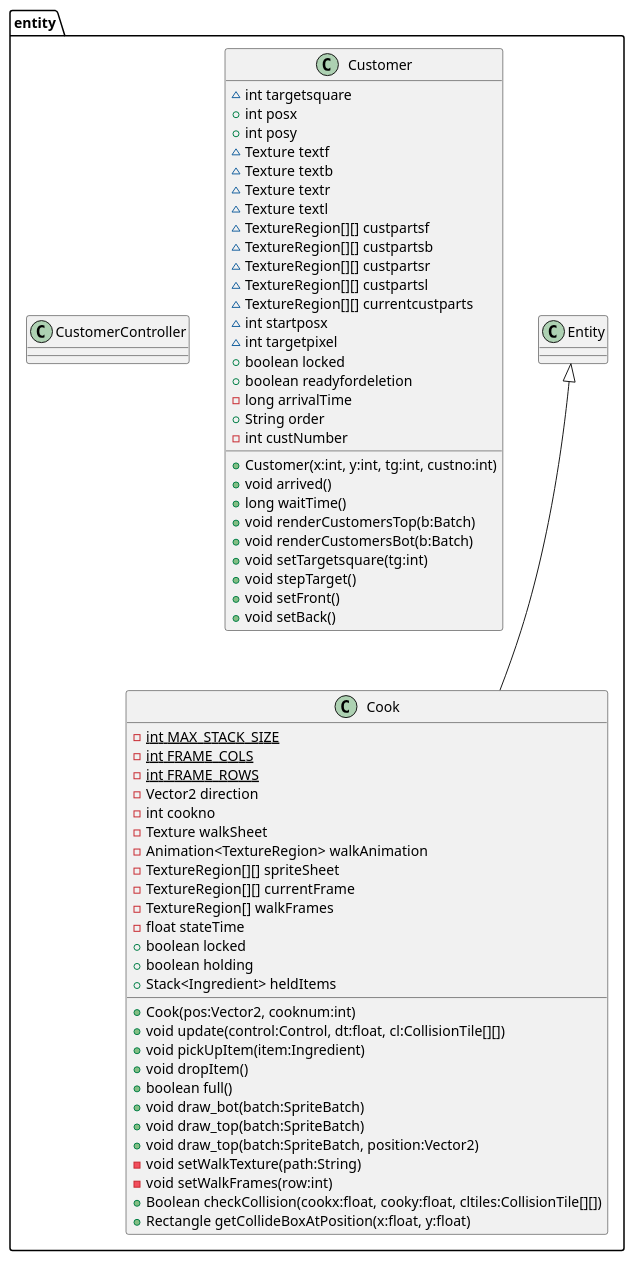
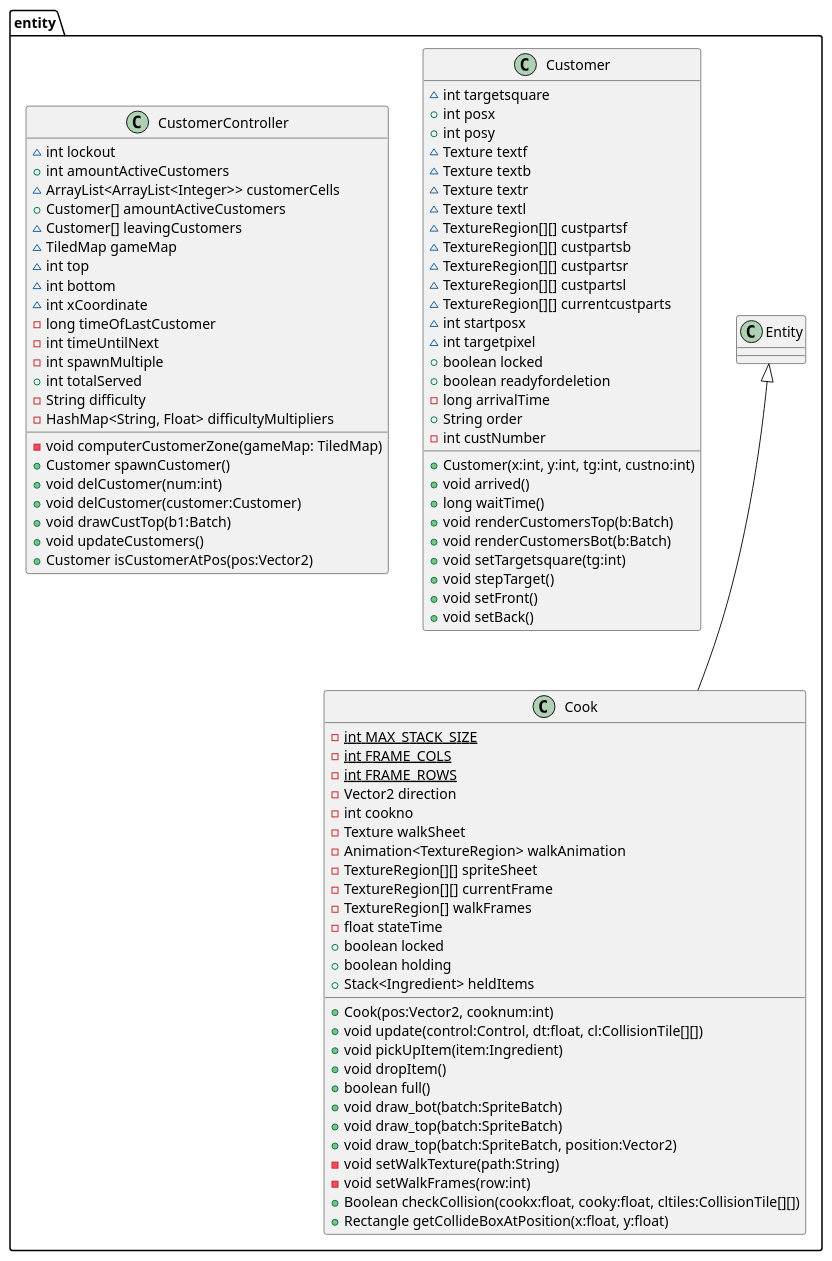
The diagram in UMLDiagrams/entity_package.puml (decassociation/project_eng1_team3), drawn with PlantUML before and after one commit.

Commit message:
More work on entity_package.puml; finished CustomerController class work.

```diff
--- a/UMLDiagrams/entity_package.puml
+++ b/UMLDiagrams/entity_package.puml
@@ -1,70 +1,93 @@
 @startuml
 'https://plantuml.com/class-diagram
 package "entity"{
 
 class Cook extends Entity{
 -{static} int MAX_STACK_SIZE
 -{static} int FRAME_COLS
 -{static} int FRAME_ROWS
 -Vector2 direction
 -int cookno
 -Texture walkSheet
 -Animation<TextureRegion> walkAnimation
 -TextureRegion[][] spriteSheet
 -TextureRegion[][] currentFrame
 -TextureRegion[] walkFrames
 -float stateTime
 +boolean locked
 +boolean holding
 +Stack<Ingredient> heldItems
 +Cook(pos:Vector2, cooknum:int)
 +void update(control:Control, dt:float, cl:CollisionTile[][])
 +void pickUpItem(item:Ingredient)
 +void dropItem()
 +boolean full()
 +void draw_bot(batch:SpriteBatch)
 +void draw_top(batch:SpriteBatch)
 +void draw_top(batch:SpriteBatch, position:Vector2)
 -void setWalkTexture(path:String)
 -void setWalkFrames(row:int)
 +Boolean checkCollision(cookx:float, cooky:float, cltiles:CollisionTile[][])
 +Rectangle getCollideBoxAtPosition(x:float, y:float)
 }
 
 class Customer{
 ~int targetsquare
 +int posx
 +int posy
 ~Texture textf
 ~Texture textb
 ~Texture textr
 ~Texture textl
 ~TextureRegion[][] custpartsf
 ~TextureRegion[][] custpartsb
 ~TextureRegion[][] custpartsr
 ~TextureRegion[][] custpartsl
 ~TextureRegion[][] currentcustparts
 ~int startposx
 ~int targetpixel
 +boolean locked
 +boolean readyfordeletion
 -long arrivalTime
 +String order
 -int custNumber
 +Customer(x:int, y:int, tg:int, custno:int)
 +void arrived()
 +long waitTime()
 +void renderCustomersTop(b:Batch)
 +void renderCustomersBot(b:Batch)
 +void setTargetsquare(tg:int)
 +void stepTarget()
 +void setFront()
 +void setBack()
 }
 
-class CustomerController{}
+class CustomerController{
+~int lockout
++int amountActiveCustomers
+~ArrayList<ArrayList<Integer>> customerCells
++Customer[] amountActiveCustomers
+~Customer[] leavingCustomers
+~TiledMap gameMap
+~int top
+~int bottom
+~int xCoordinate
+-long timeOfLastCustomer
+-int timeUntilNext
+-int spawnMultiple
++int totalServed
+-String difficulty
+-HashMap<String, Float> difficultyMultipliers
+-void computerCustomerZone(gameMap: TiledMap)
++Customer spawnCustomer()
++void delCustomer(num:int)
++void delCustomer(customer:Customer)
++void drawCustTop(b1:Batch)
++void updateCustomers()
++Customer isCustomerAtPos(pos:Vector2)
+}
 
 class Entity{}
 
 }
 @enduml
```
